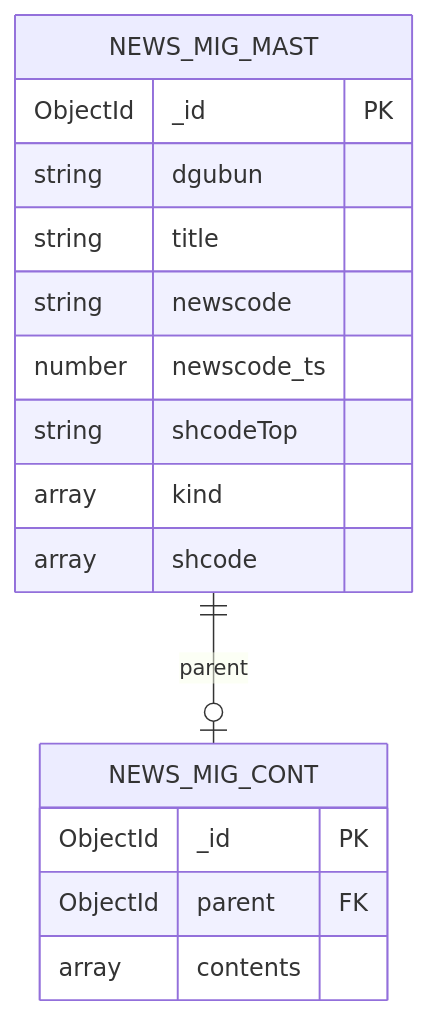
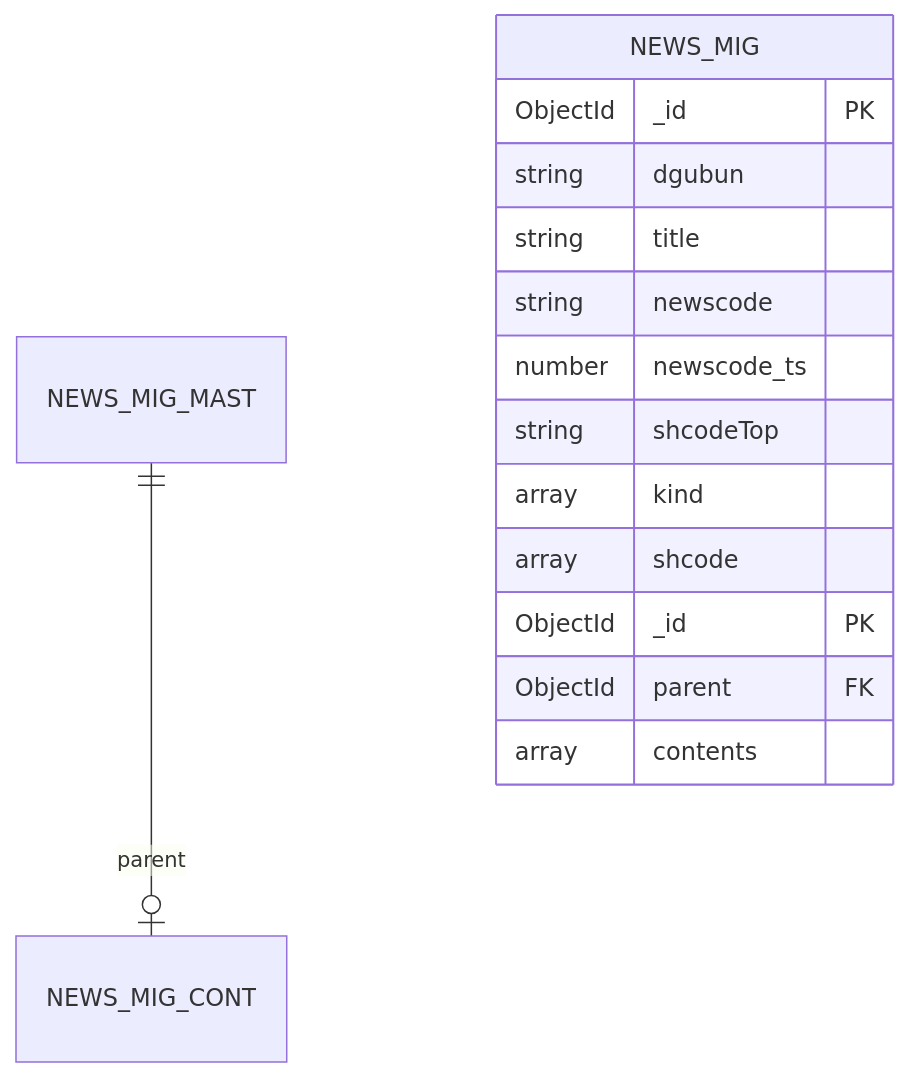
The second of 2 diagrams in POC_Result.md (sumicanvas/GenTestData), drawn with Mermaid before and after one commit.

````diff
--- a/POC_Result.md
+++ b/POC_Result.md
@@ -205,21 +205,21 @@
 ```mermaid
 erDiagram
     NEWS_MIG_MAST ||--o| NEWS_MIG_CONT : "parent"
 
-    NEWS_MIG_MAST {
+    NEWS_MIG {
         ObjectId _id PK
         string dgubun
         string title
         string newscode
         number newscode_ts
         string shcodeTop
         array kind
         array shcode
     }
 
-    NEWS_MIG_CONT {
+    NEWS_MIG {
         ObjectId _id PK
         ObjectId parent FK
         array contents
     }
 ```
````
